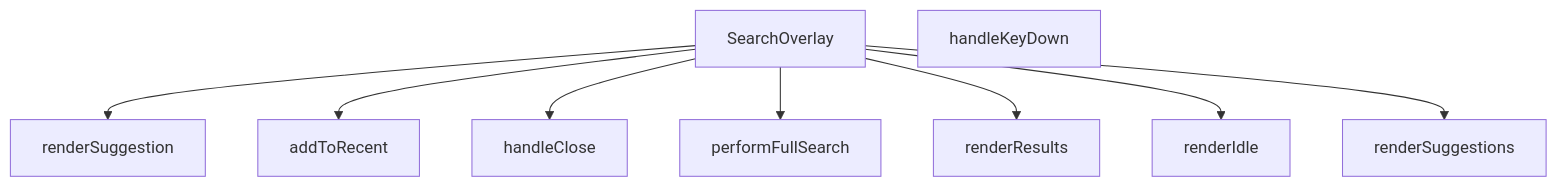
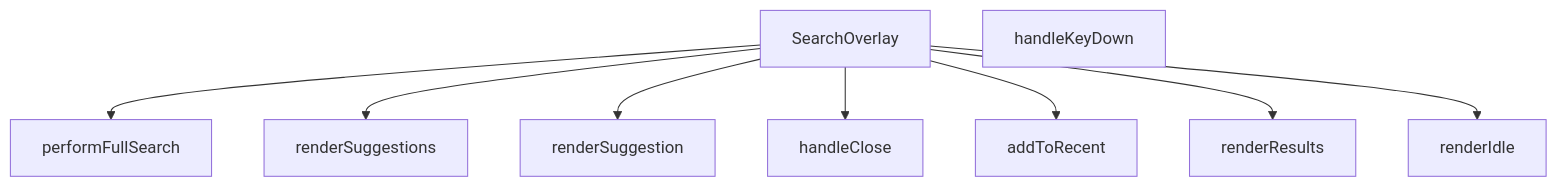
One commit to peckop/venthub-hvac-esite changed the diagram in src/components/SearchOverlay.md. Above: the diagram before and after it, drawn with Mermaid. The commit also changed other lines of this file and 488 other files, not shown here.

````diff
--- a/src/components/SearchOverlay.md
+++ b/src/components/SearchOverlay.md
@@ -287,19 +287,19 @@
 ```mermaid
 graph TD
     SearchOverlay_tsx__SearchOverlay["SearchOverlay"]
     SearchOverlay_tsx__addToRecent["addToRecent"]
     SearchOverlay_tsx__handleClose["handleClose"]
     SearchOverlay_tsx__handleKeyDown["handleKeyDown"]
     SearchOverlay_tsx__performFullSearch["performFullSearch"]
     SearchOverlay_tsx__renderIdle["renderIdle"]
     SearchOverlay_tsx__renderResults["renderResults"]
     SearchOverlay_tsx__renderSuggestion["renderSuggestion"]
     SearchOverlay_tsx__renderSuggestions["renderSuggestions"]
+    SearchOverlay_tsx__SearchOverlay --> SearchOverlay_tsx__performFullSearch
+    SearchOverlay_tsx__SearchOverlay --> SearchOverlay_tsx__renderSuggestions
     SearchOverlay_tsx__SearchOverlay --> SearchOverlay_tsx__renderSuggestion
+    SearchOverlay_tsx__SearchOverlay --> SearchOverlay_tsx__handleClose
     SearchOverlay_tsx__SearchOverlay --> SearchOverlay_tsx__addToRecent
-    SearchOverlay_tsx__SearchOverlay --> SearchOverlay_tsx__handleClose
-    SearchOverlay_tsx__SearchOverlay --> SearchOverlay_tsx__performFullSearch
     SearchOverlay_tsx__SearchOverlay --> SearchOverlay_tsx__renderResults
     SearchOverlay_tsx__SearchOverlay --> SearchOverlay_tsx__renderIdle
-    SearchOverlay_tsx__SearchOverlay --> SearchOverlay_tsx__renderSuggestions
 ```
````
